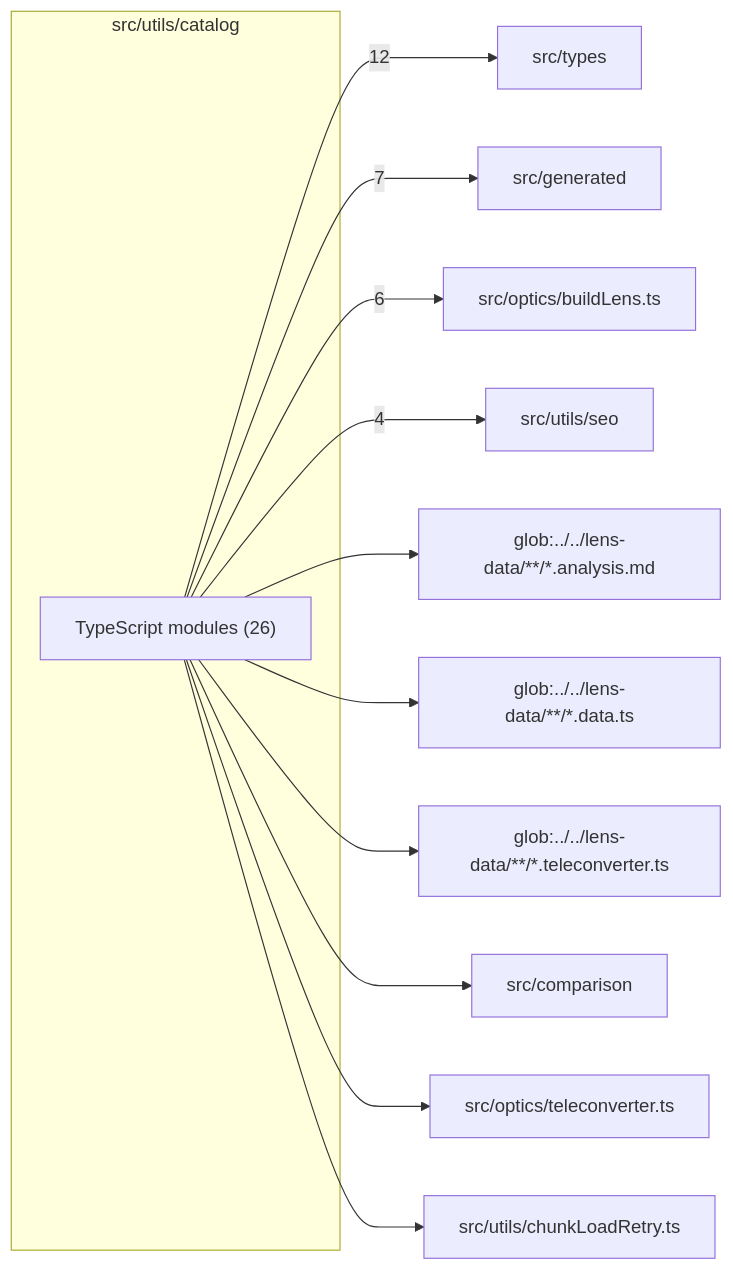
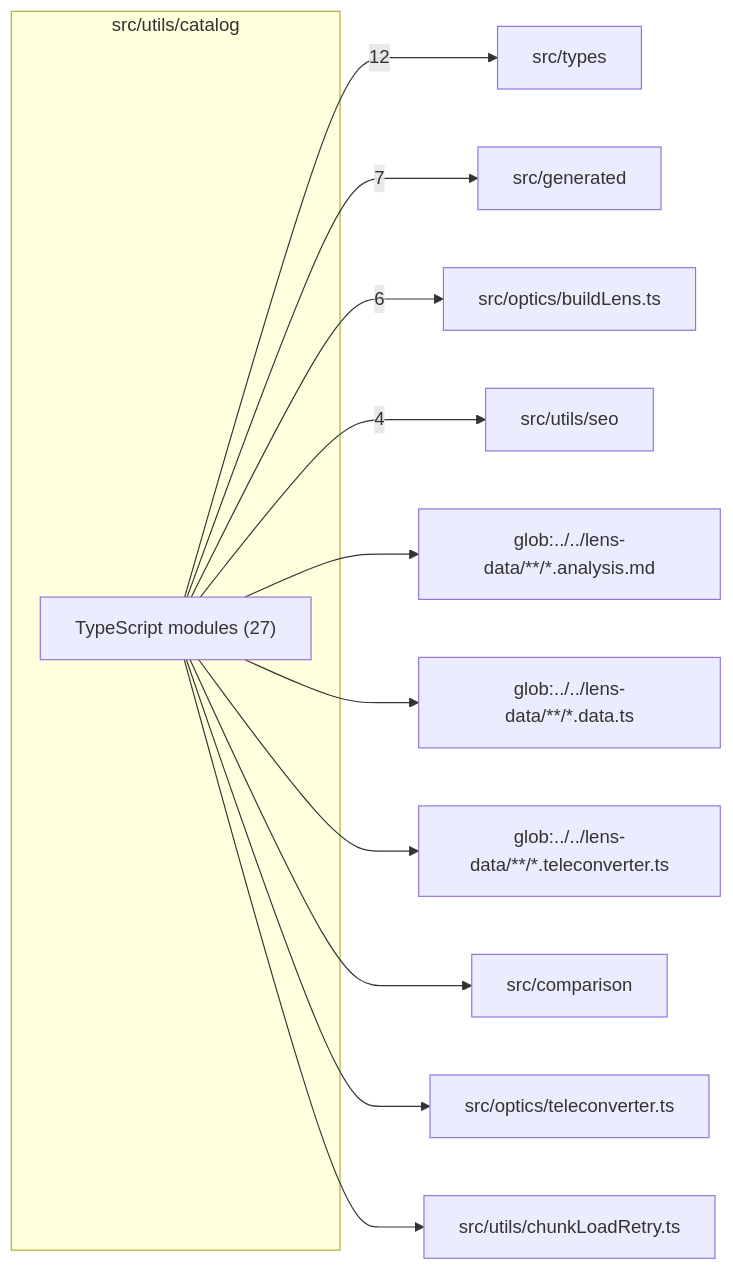
The diagram in src/utils/catalog/readme.md (ronbuening/LensVisualizer), drawn with Mermaid before and after one commit. The commit also changed other lines of this file and 29 other files, not shown here.

````diff
--- a/src/utils/catalog/readme.md
+++ b/src/utils/catalog/readme.md
@@ -9,26 +9,26 @@
 ```mermaid
 flowchart LR
   subgraph n_src_utils_catalog["src/utils/catalog"]
-    n_src_utils_catalog_TypeScript_modules["TypeScript modules (26)"]
+    n_src_utils_catalog_TypeScript_modules["TypeScript modules (27)"]
   end
   n_external_src_types["src/types"]
   n_external_src_generated["src/generated"]
   n_external_src_optics_buildLens_ts["src/optics/buildLens.ts"]
   n_external_src_utils_seo["src/utils/seo"]
   n_external_glob_______lens_data______analysis_md["glob:../../lens-data/**/*.analysis.md"]
   n_external_glob_______lens_data______data_ts["glob:../../lens-data/**/*.data.ts"]
   n_external_glob_______lens_data______teleconverter_ts["glob:../../lens-data/**/*.teleconverter.ts"]
   n_external_src_comparison["src/comparison"]
   n_external_src_optics_teleconverter_ts["src/optics/teleconverter.ts"]
   n_external_src_utils_chunkLoadRetry_ts["src/utils/chunkLoadRetry.ts"]
   n_src_utils_catalog_TypeScript_modules --> |12| n_external_src_types
   n_src_utils_catalog_TypeScript_modules --> |7| n_external_src_generated
   n_src_utils_catalog_TypeScript_modules --> |6| n_external_src_optics_buildLens_ts
   n_src_utils_catalog_TypeScript_modules --> |4| n_external_src_utils_seo
   n_src_utils_catalog_TypeScript_modules --> n_external_glob_______lens_data______analysis_md
   n_src_utils_catalog_TypeScript_modules --> n_external_glob_______lens_data______data_ts
   n_src_utils_catalog_TypeScript_modules --> n_external_glob_______lens_data______teleconverter_ts
   n_src_utils_catalog_TypeScript_modules --> n_external_src_comparison
   n_src_utils_catalog_TypeScript_modules --> n_external_src_optics_teleconverter_ts
   n_src_utils_catalog_TypeScript_modules --> n_external_src_utils_chunkLoadRetry_ts
 ```
````
